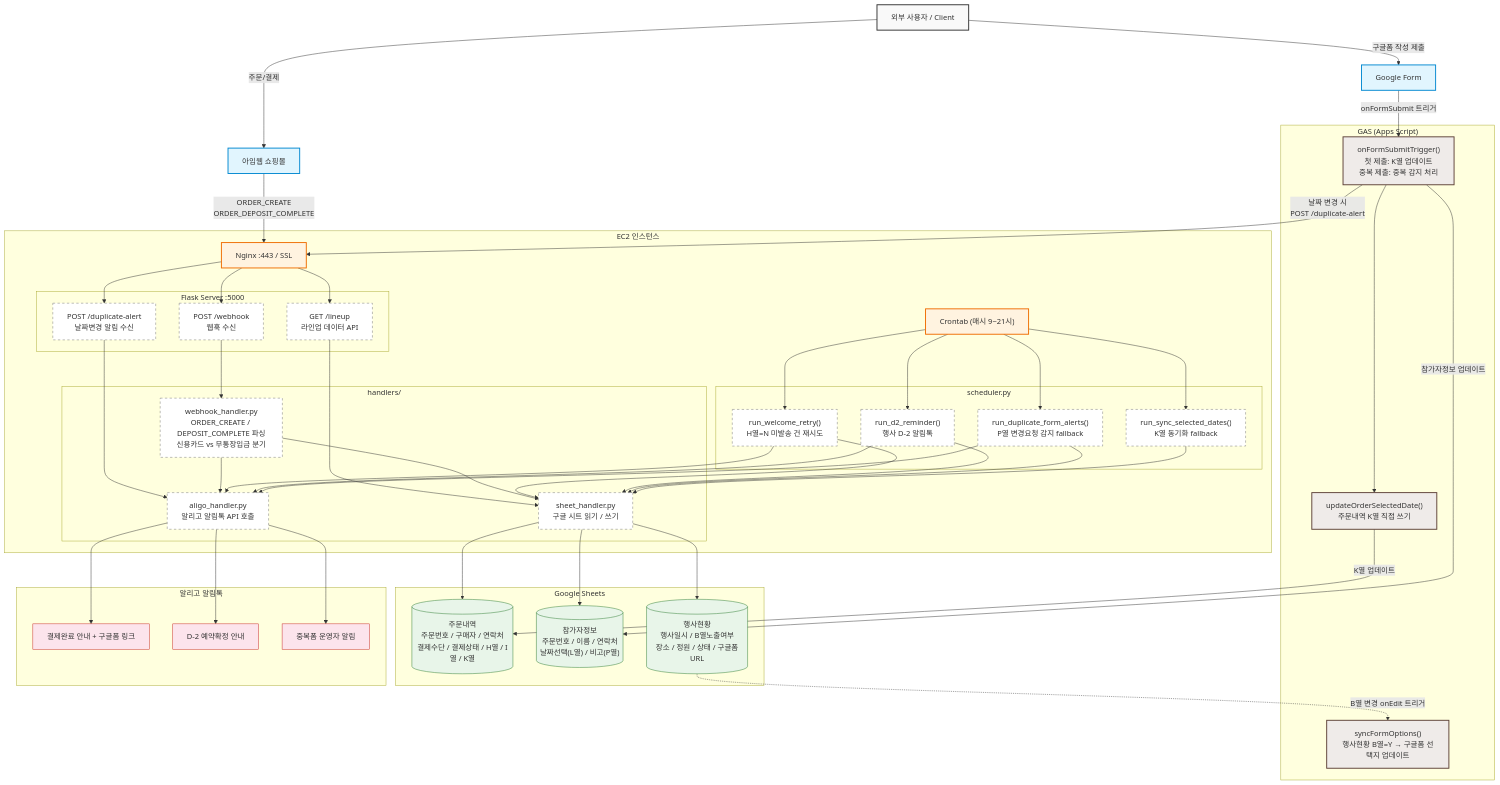
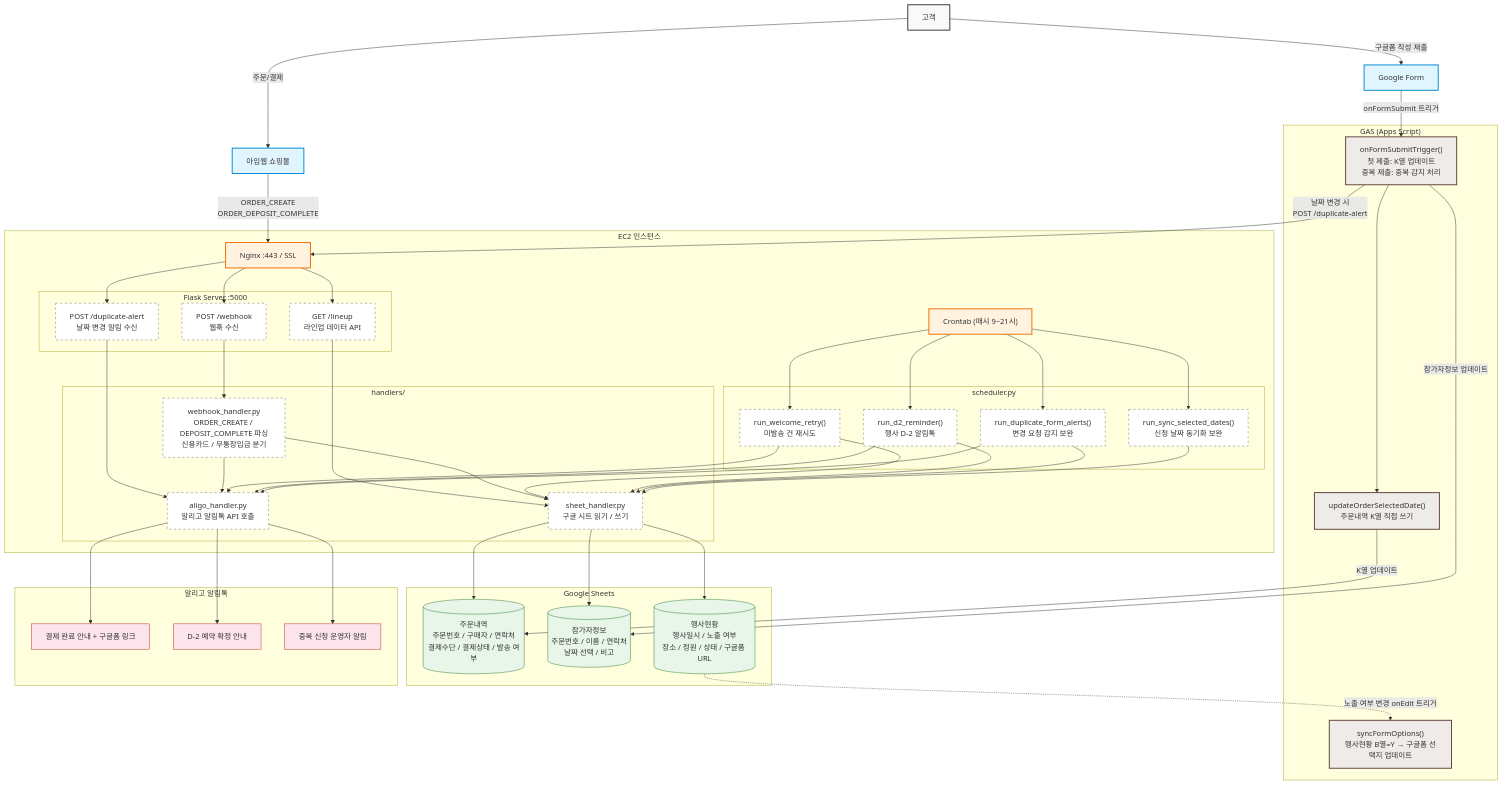
The second of 2 diagrams in imweb-automation/README.md (2BeeDevStudio/portfolio), drawn with Mermaid before and after one commit. The commit also changed other lines of this file and 1 other file, not shown here.

````diff
--- a/imweb-automation/README.md
+++ b/imweb-automation/README.md
@@ -62,82 +66,82 @@
 ```mermaid
 graph TD
     classDef client fill:#f9f9f9,stroke:#333,stroke-width:2px
     classDef external fill:#e1f5fe,stroke:#0288d1,stroke-width:2px
     classDef gas fill:#efebe9,stroke:#5d4037,stroke-width:2px
     classDef ec2 fill:#fff3e0,stroke:#ef6c00,stroke-width:2px
     classDef infra fill:#fff,stroke:#757575,stroke-width:1px,stroke-dasharray:5 5
     classDef sheet fill:#e8f5e9,stroke:#2e7d32,stroke-width:1px
     classDef alimtalk fill:#fce4ec,stroke:#c62828,stroke-width:1px
 
-    Client["외부 사용자 / Client"]:::client
+    Client["고객"]:::client
     Imweb["아임웹 쇼핑몰"]:::external
     GForm["Google Form"]:::external
 
     Client -->|주문/결제| Imweb
     Client -->|구글폼 작성 제출| GForm
 
     Imweb -->|"ORDER_CREATE<br>ORDER_DEPOSIT_COMPLETE"| Nginx
 
     subgraph GAS_Group ["GAS (Apps Script)"]
         syncForm["syncFormOptions()<br>행사현황 B열=Y → 구글폼 선택지 업데이트"]:::gas
         onSubmit["onFormSubmitTrigger()<br>첫 제출: K열 업데이트<br>중복 제출: 중복 감지 처리"]:::gas
         updateK["updateOrderSelectedDate()<br>주문내역 K열 직접 쓰기"]:::gas
     end
 
     GForm -->|onFormSubmit 트리거| onSubmit
     onSubmit --> updateK
     onSubmit -->|"날짜 변경 시<br>POST /duplicate-alert"| Nginx
 
     subgraph EC2 ["EC2 인스턴스"]
         Nginx["Nginx :443 / SSL"]:::ec2
 
         subgraph Flask_Group ["Flask Server :5000"]
             webhook_ep["POST /webhook<br>웹훅 수신"]:::infra
-            dup_ep["POST /duplicate-alert<br>날짜변경 알림 수신"]:::infra
+            dup_ep["POST /duplicate-alert<br>날짜 변경 알림 수신"]:::infra
             lineup_ep["GET /lineup<br>라인업 데이터 API"]:::infra
         end
 
         subgraph Handlers ["handlers/"]
-            WH["webhook_handler.py<br>ORDER_CREATE / DEPOSIT_COMPLETE 파싱<br>신용카드 vs 무통장입금 분기"]:::infra
+            WH["webhook_handler.py<br>ORDER_CREATE / DEPOSIT_COMPLETE 파싱<br>신용카드 / 무통장입금 분기"]:::infra
             SH["sheet_handler.py<br>구글 시트 읽기 / 쓰기"]:::infra
             AH["aligo_handler.py<br>알리고 알림톡 API 호출"]:::infra
         end
 
         Crontab["Crontab (매시 9~21시)"]:::ec2
 
         subgraph Scheduler_Group ["scheduler.py"]
-            welcome_retry["run_welcome_retry()<br>H열=N 미발송 건 재시도"]:::infra
+            welcome_retry["run_welcome_retry()<br>미발송 건 재시도"]:::infra
             d2["run_d2_reminder()<br>행사 D-2 알림톡"]:::infra
-            sync_dates["run_sync_selected_dates()<br>K열 동기화 fallback"]:::infra
-            dup_alerts["run_duplicate_form_alerts()<br>P열 변경요청 감지 fallback"]:::infra
+            sync_dates["run_sync_selected_dates()<br>신청 날짜 동기화 보완"]:::infra
+            dup_alerts["run_duplicate_form_alerts()<br>변경 요청 감지 보완"]:::infra
         end
     end
 
     Nginx --> webhook_ep & dup_ep & lineup_ep
     webhook_ep --> WH
     dup_ep --> AH
     lineup_ep --> SH
     WH --> SH & AH
     Crontab --> welcome_retry & d2 & sync_dates & dup_alerts
     welcome_retry & d2 & dup_alerts --> SH & AH
     sync_dates --> SH
 
     subgraph GSheets_Group ["Google Sheets"]
-        orders[("주문내역<br>주문번호 / 구매자 / 연락처<br>결제수단 / 결제상태 / H열 / I열 / K열")]:::sheet
-        participants[("참가자정보<br>주문번호 / 이름 / 연락처<br>날짜선택(L열) / 비고(P열)")]:::sheet
-        events[("행사현황<br>행사일시 / B열노출여부<br>장소 / 정원 / 상태 / 구글폼URL")]:::sheet
+        orders[("주문내역<br>주문번호 / 구매자 / 연락처<br>결제수단 / 결제상태 / 발송 여부")]:::sheet
+        participants[("참가자정보<br>주문번호 / 이름 / 연락처<br>날짜 선택 / 비고")]:::sheet
+        events[("행사현황<br>행사일시 / 노출 여부<br>장소 / 정원 / 상태 / 구글폼 URL")]:::sheet
     end
 
     updateK -->|K열 업데이트| orders
     onSubmit -->|참가자정보 업데이트| participants
-    events -.->|B열 변경 onEdit 트리거| syncForm
+    events -.->|노출 여부 변경 onEdit 트리거| syncForm
     SH --> orders & participants & events
 
     subgraph Alimtalk ["알리고 알림톡"]
-        t1["결제완료 안내 + 구글폼 링크"]:::alimtalk
-        t2["D-2 예약확정 안내"]:::alimtalk
-        t3["중복폼 운영자 알림"]:::alimtalk
+        t1["결제 완료 안내 + 구글폼 링크"]:::alimtalk
+        t2["D-2 예약 확정 안내"]:::alimtalk
+        t3["중복 신청 운영자 알림"]:::alimtalk
     end
 
     AH --> t1 & t2 & t3
 ```
````
